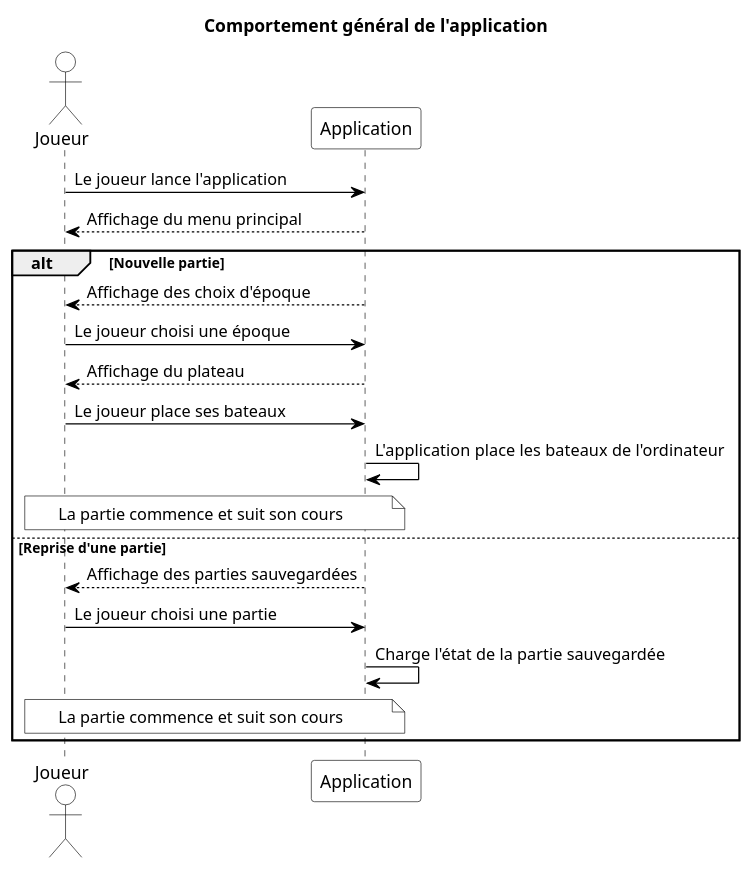
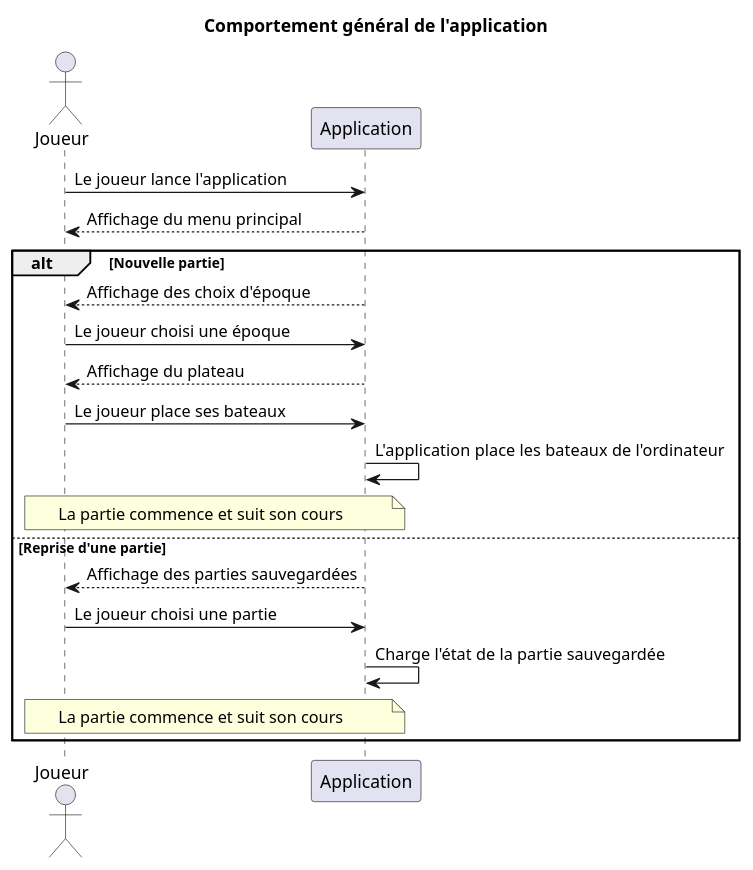
Before and after one commit to AntoineCourtil/CAD2018_Laraclette: the diagram in conception/seq_comportement_general.plantuml, drawn with PlantUML. The commit also changed 7 other files, not shown here.

```diff
--- a/conception/seq_comportement_general.plantuml
+++ b/conception/seq_comportement_general.plantuml
@@ -1,62 +1,43 @@
 @startuml
-
-skinparam NoteBackgroundColor White
-skinparam NoteBorderColor Black
-
-skinparam sequence {
-    ArrowColor Black
-    ActorBorderColor Black
-    LifeLineBorderColor Black
-    LifeLineBackgroundColor White
-    
-    ParticipantBorderColor Black
-    ParticipantBackgroundColor White
-    
-    ParticipantFontColor Black
-    
-    ActorBackgroundColor White
-    ActorFontColor Black
-    
-}
 
 title Comportement général de l'application
 
 actor Joueur
 participant Application
 
 Joueur -> Application : Le joueur lance l'application
 Application --> Joueur : Affichage du menu principal
 
 alt Nouvelle partie
 
     Application --> Joueur : Affichage des choix d'époque
 
     Joueur -> Application : Le joueur choisi une époque
 
     Application --> Joueur : Affichage du plateau
 
     Joueur -> Application : Le joueur place ses bateaux
 
     Application -> Application : L'application place les bateaux de l'ordinateur
 
     note over Joueur, Application
         La partie commence et suit son cours    
     end note
 
 else Reprise d'une partie
 
     Application --> Joueur : Affichage des parties sauvegardées
 
     Joueur -> Application : Le joueur choisi une partie
 
     Application -> Application : Charge l'état de la partie sauvegardée
 
     note over Joueur, Application
         La partie commence et suit son cours    
     end note
 
 end
 
 
 
 @enduml
```
